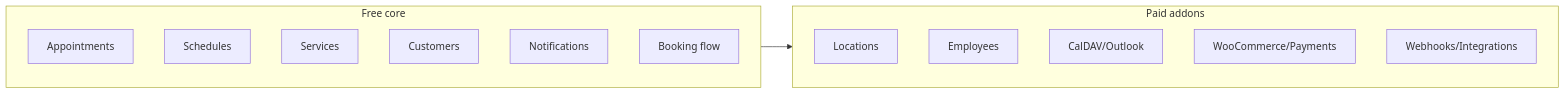
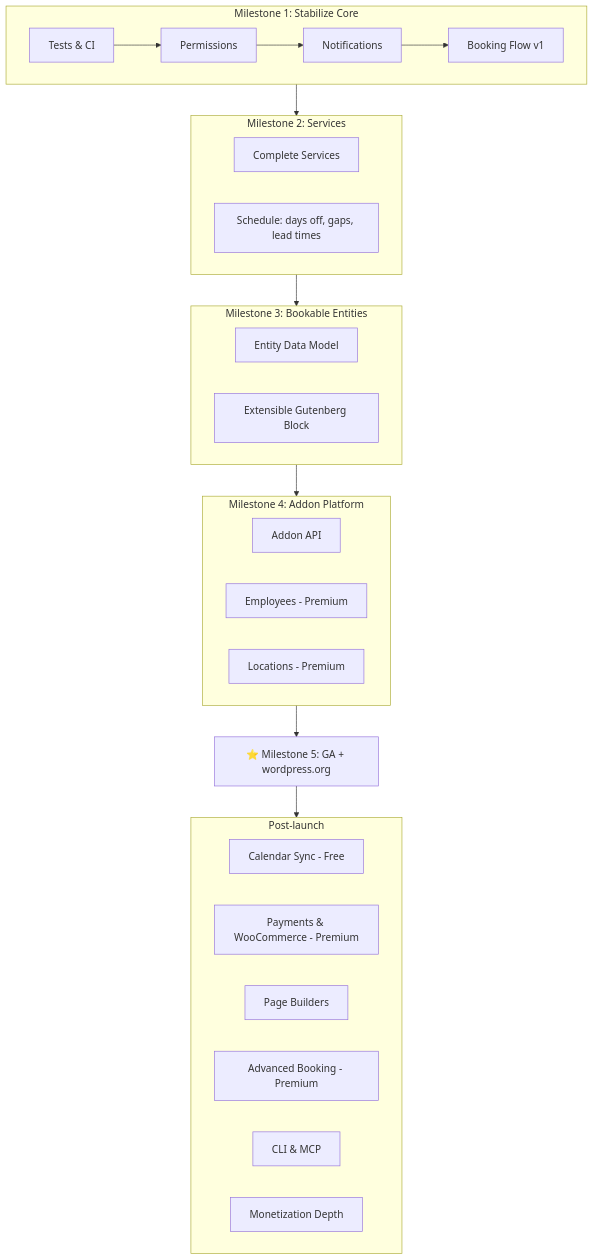
Before and after one commit to wpappointments/wpappointments: the diagram in docs/ROADMAP.md, drawn with Mermaid. The commit also changed other lines of this file, not shown here.

First line of the commit message:
docs: Expand ROADMAP.md with detailed milestones, epics, and sub-tasks

````diff
--- a/docs/ROADMAP.md
+++ b/docs/ROADMAP.md
@@ -89,19 +385,33 @@
 ```mermaid
-flowchart LR
-  subgraph core [Free core]
-    A[Appointments]
-    B[Schedules]
-    C[Services]
-    D[Customers]
-    E[Notifications]
-    F[Booking flow]
+flowchart TD
+  subgraph M1 [Milestone 1: Stabilize Core]
+    A1[Tests & CI] --> A2[Permissions]
+    A2 --> A3[Notifications]
+    A3 --> A4[Booking Flow v1]
   end
-  subgraph addons [Paid addons]
-    G[Locations]
-    H[Employees]
-    I[CalDAV/Outlook]
-    J[WooCommerce/Payments]
-    K[Webhooks/Integrations]
+  subgraph M2 [Milestone 2: Services]
+    B1[Complete Services]
+    B2[Schedule: days off, gaps, lead times]
   end
-  core --> addons
+  subgraph M3 [Milestone 3: Bookable Entities]
+    C1[Entity Data Model]
+    C2[Extensible Gutenberg Block]
+  end
+  subgraph M4 [Milestone 4: Addon Platform]
+    D1[Addon API]
+    D2[Employees - Premium]
+    D3[Locations - Premium]
+  end
+  M5[⭐ Milestone 5: GA + wordpress.org]
+  subgraph post [Post-launch]
+    M6[Calendar Sync - Free]
+    M7[Payments & WooCommerce - Premium]
+    M8[Page Builders]
+    M9[Advanced Booking - Premium]
+    M10[CLI & MCP]
+    M11[Monetization Depth]
+  end
+
+  M1 --> M2 --> M3 --> M4 --> M5
+  M5 --> post
 ```
````
